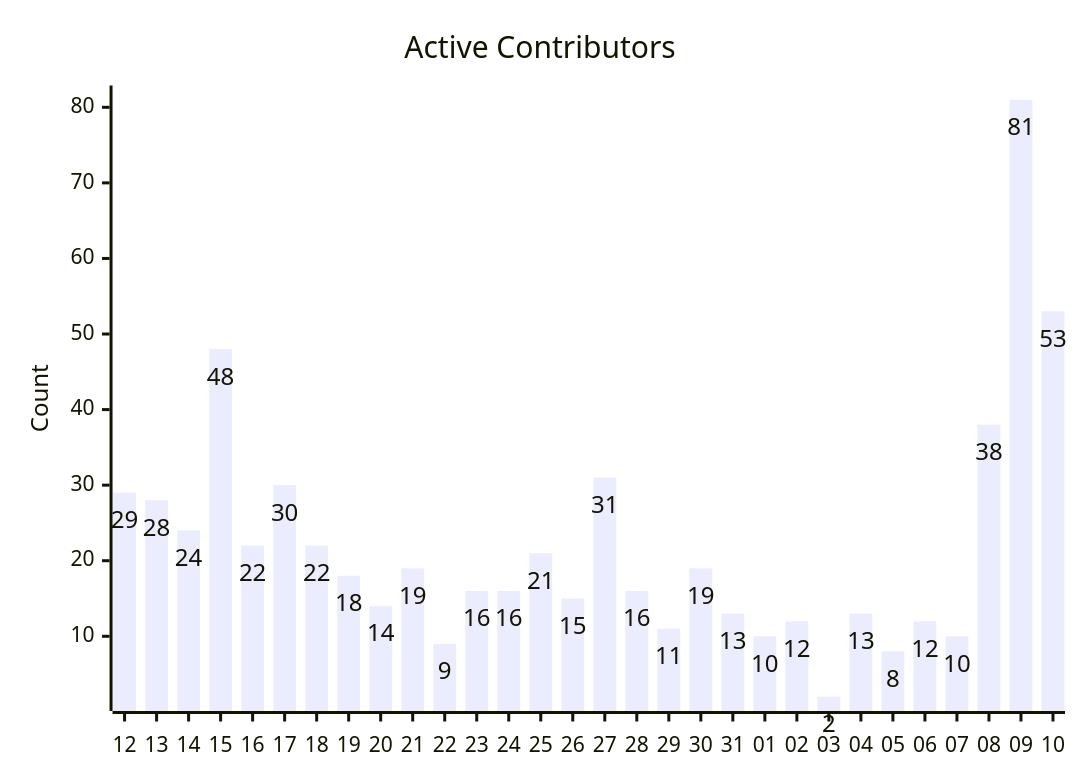
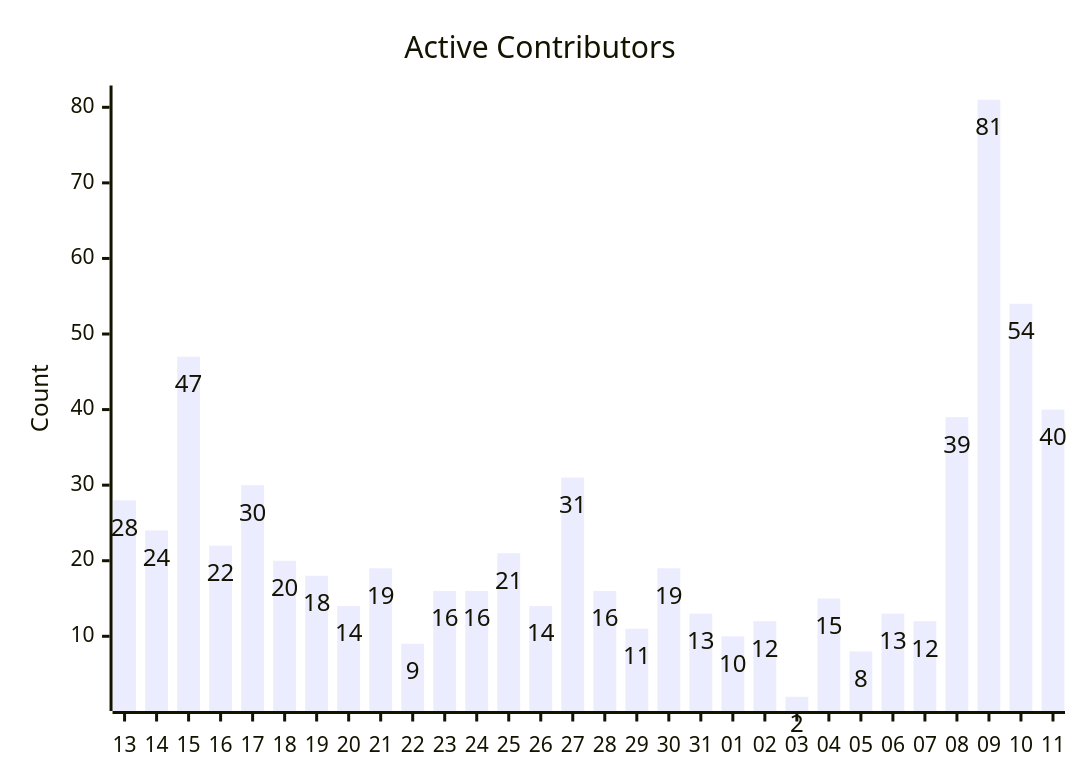
The fifth of 7 diagrams in triage/CONTRIBUTION_METRICS.md (cocosheng-g/gemini-cli), drawn with Mermaid before and after one commit. The commit also changed other lines of this file, not shown here.

````diff
--- a/triage/CONTRIBUTION_METRICS.md
+++ b/triage/CONTRIBUTION_METRICS.md
@@ -92,12 +92,12 @@
 ```mermaid
 ---
 config:
   xyChart:
     showDataLabel: true
 ---
 xychart-beta
     title "Active Contributors"
-    x-axis ["12", "13​", "14​​", "15​​​", "16​​​​", "17​​​​​", "18​​​​​​", "19​​​​​​​", "20​​​​​​​​", "21​​​​​​​​​", "22​​​​​​​​​​", "23​​​​​​​​​​​", "24​​​​​​​​​​​​", "25​​​​​​​​​​​​​", "26​​​​​​​​​​​​​​", "27​​​​​​​​​​​​​​​", "28​​​​​​​​​​​​​​​​", "29​​​​​​​​​​​​​​​​​", "30​​​​​​​​​​​​​​​​​​", "31​​​​​​​​​​​​​​​​​​​", "01​​​​​​​​​​​​​​​​​​​​", "02​​​​​​​​​​​​​​​​​​​​​", "03​​​​​​​​​​​​​​​​​​​​​​", "04​​​​​​​​​​​​​​​​​​​​​​​", "05​​​​​​​​​​​​​​​​​​​​​​​​", "06​​​​​​​​​​​​​​​​​​​​​​​​​", "07​​​​​​​​​​​​​​​​​​​​​​​​​​", "08​​​​​​​​​​​​​​​​​​​​​​​​​​​", "09​​​​​​​​​​​​​​​​​​​​​​​​​​​​", "10​​​​​​​​​​​​​​​​​​​​​​​​​​​​​"]
+    x-axis ["13", "14​", "15​​", "16​​​", "17​​​​", "18​​​​​", "19​​​​​​", "20​​​​​​​", "21​​​​​​​​", "22​​​​​​​​​", "23​​​​​​​​​​", "24​​​​​​​​​​​", "25​​​​​​​​​​​​", "26​​​​​​​​​​​​​", "27​​​​​​​​​​​​​​", "28​​​​​​​​​​​​​​​", "29​​​​​​​​​​​​​​​​", "30​​​​​​​​​​​​​​​​​", "31​​​​​​​​​​​​​​​​​​", "01​​​​​​​​​​​​​​​​​​​", "02​​​​​​​​​​​​​​​​​​​​", "03​​​​​​​​​​​​​​​​​​​​​", "04​​​​​​​​​​​​​​​​​​​​​​", "05​​​​​​​​​​​​​​​​​​​​​​​", "06​​​​​​​​​​​​​​​​​​​​​​​​", "07​​​​​​​​​​​​​​​​​​​​​​​​​", "08​​​​​​​​​​​​​​​​​​​​​​​​​​", "09​​​​​​​​​​​​​​​​​​​​​​​​​​​", "10​​​​​​​​​​​​​​​​​​​​​​​​​​​​", "11​​​​​​​​​​​​​​​​​​​​​​​​​​​​​"]
     y-axis "Count"
-    bar [29, 28, 24, 48, 22, 30, 22, 18, 14, 19, 9, 16, 16, 21, 15, 31, 16, 11, 19, 13, 10, 12, 2, 13, 8, 12, 10, 38, 81, 53]
+    bar [28, 24, 47, 22, 30, 20, 18, 14, 19, 9, 16, 16, 21, 14, 31, 16, 11, 19, 13, 10, 12, 2, 15, 8, 13, 12, 39, 81, 54, 40]
 ```
````
